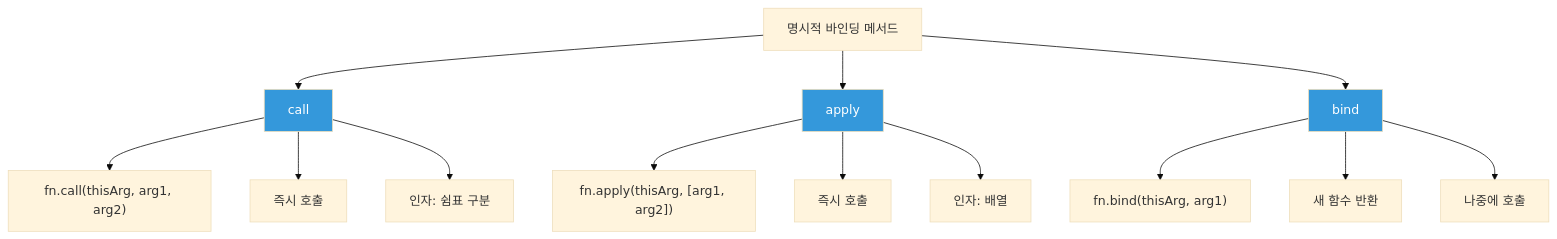
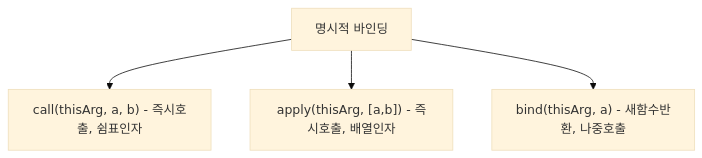
The third of 7 diagrams in _posts/frontend/2026-05-02-js-this-binding.md (yjkim2015/yjkim2015.github.io), drawn with Mermaid (base theme) before and after one commit. The commit also changed other lines of this file and 215 other files, not shown here.

First line of the commit message:
신규 포스트 10개 추가 + Mermaid 전면 축소 + SystemDesign 시리즈 보강

````diff
--- a/_posts/frontend/2026-05-02-js-this-binding.md
+++ b/_posts/frontend/2026-05-02-js-this-binding.md
@@ -219,22 +210,6 @@
 ```mermaid
 graph TD
-    A["명시적 바인딩 메서드"] --> B[call]
-    A --> C[apply]
-    A --> D[bind]
-
-    B --> B1["fn.call(thisArg, arg1, arg2)"]
-    B --> B2["즉시 호출"]
-    B --> B3["인자: 쉼표 구분"]
-
-    C --> C1["fn.apply(thisArg, [arg1, arg2])"]
-    C --> C2["즉시 호출"]
-    C --> C3["인자: 배열"]
-
-    D --> D1["fn.bind(thisArg, arg1)"]
-    D --> D2["새 함수 반환"]
-    D --> D3["나중에 호출"]
-
-    style B fill:#3498db,color:#fff
-    style C fill:#3498db,color:#fff
-    style D fill:#3498db,color:#fff
+    A["명시적 바인딩"] --> B["call(thisArg, a, b) - 즉시호출, 쉼표인자"]
+    A --> C["apply(thisArg, [a,b]) - 즉시호출, 배열인자"]
+    A --> D["bind(thisArg, a) - 새함수반환, 나중호출"]
 ```
````
